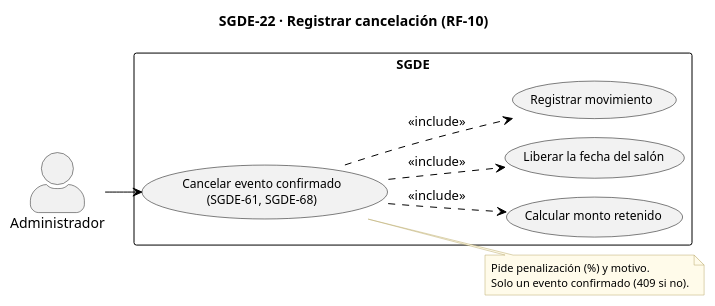
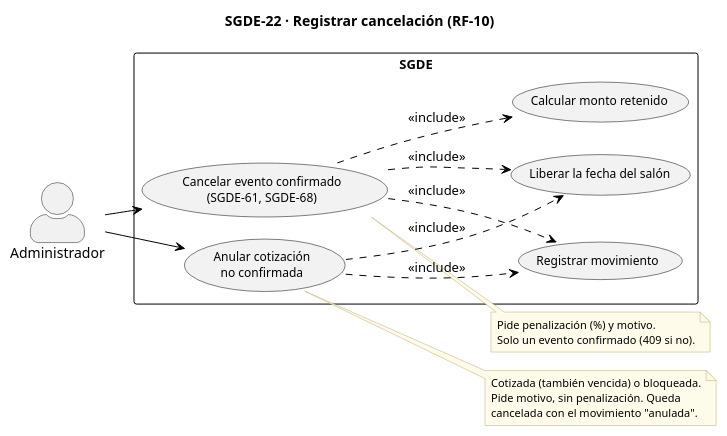
Before and after one commit to AndreCamx2/Gestion-De-Eventos: the diagram in docs/casos_uso_sgde/SGDE-22_Registrar_cancelacion.puml, drawn with PlantUML. The commit also changed 30 other files, not shown here.

```diff
--- a/docs/casos_uso_sgde/SGDE-22_Registrar_cancelacion.puml
+++ b/docs/casos_uso_sgde/SGDE-22_Registrar_cancelacion.puml
@@ -1,42 +1,52 @@
 @startuml SGDE-22_Registrar_cancelacion
 !pragma layout smetana
 left to right direction
 skinparam backgroundColor white
 skinparam usecase {
   BackgroundColor #F2F2F2
   BorderColor black
   FontSize 12
 }
 skinparam rectangle {
   BorderColor black
   FontSize 13
   FontStyle bold
 }
 skinparam note {
   BackgroundColor #FFFBEA
   BorderColor #B8A86B
   FontSize 11
 }
 skinparam ArrowColor black
 skinparam actorStyle awesome
 title SGDE-22 · Registrar cancelación (RF-10)
 
 actor "Administrador" as AD
 
 rectangle "SGDE" {
   usecase "Cancelar evento confirmado\n(SGDE-61, SGDE-68)" as UC1
   usecase "Calcular monto retenido" as UC2
   usecase "Liberar la fecha del salón" as UC3
   usecase "Registrar movimiento" as UC4
+  usecase "Anular cotización\nno confirmada" as UC5
 }
 
 AD --> UC1
+AD --> UC5
 UC1 ..> UC2 : <<include>>
 UC1 ..> UC3 : <<include>>
 UC1 ..> UC4 : <<include>>
+UC5 ..> UC3 : <<include>>
+UC5 ..> UC4 : <<include>>
 
 note right of UC1
   Pide penalización (%) y motivo.
   Solo un evento confirmado (409 si no).
 end note
+
+note right of UC5
+  Cotizada (también vencida) o bloqueada.
+  Pide motivo, sin penalización. Queda
+  cancelada con el movimiento "anulada".
+end note
 @enduml
```
